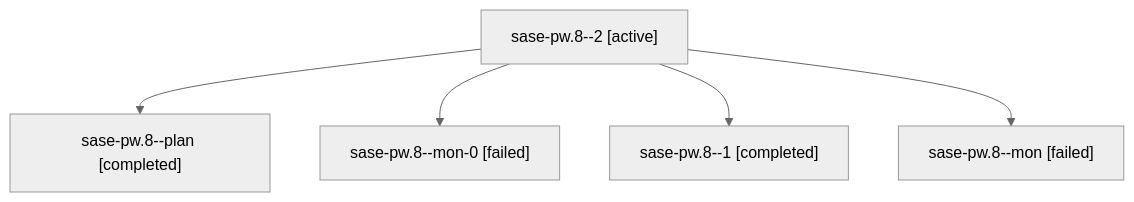
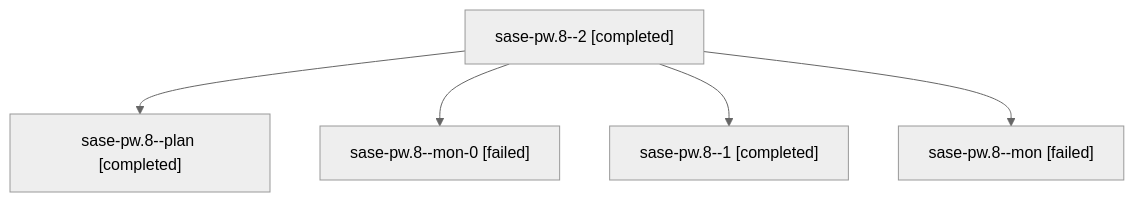
Before and after one commit to sase-org/sase--agents: the diagram in families/bbugyi200.athena.sase-pw.8.md, drawn with Mermaid (neutral theme). The commit also changed other lines of this file and 82 other files, not shown here.

````diff
--- a/families/bbugyi200.athena.sase-pw.8.md
+++ b/families/bbugyi200.athena.sase-pw.8.md
@@ -9,12 +9,12 @@
 ```mermaid
 flowchart TD
-  n0["sase-pw.8--2 [active]"]
+  n0["sase-pw.8--2 [completed]"]
   n1["sase-pw.8--plan [completed]"]
   n0 --> n1
   n2["sase-pw.8--mon-0 [failed]"]
   n0 --> n2
   n3["sase-pw.8--1 [completed]"]
   n0 --> n3
   n4["sase-pw.8--mon [failed]"]
   n0 --> n4
 ```
````
